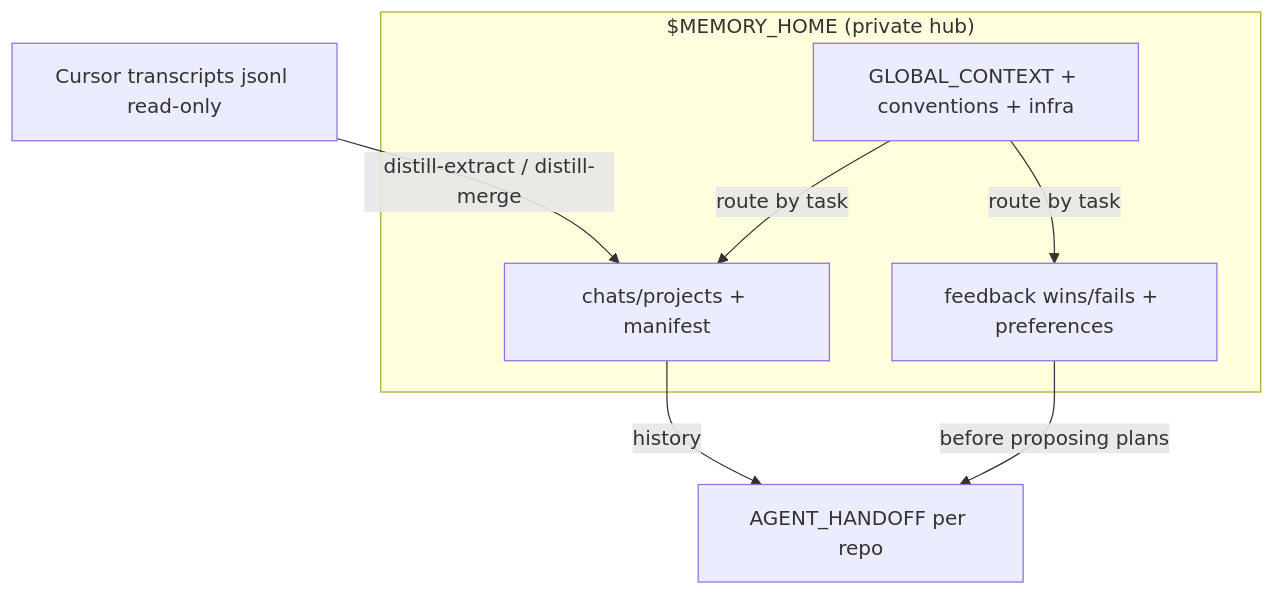
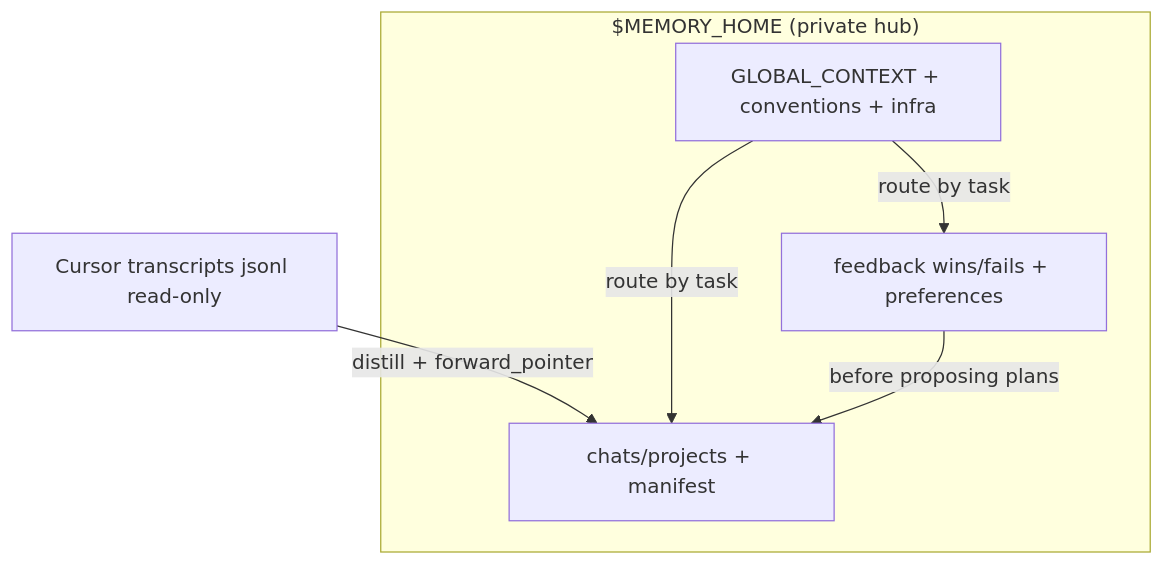
Before and after one commit to raphael-batte/cursor-agent-memory: the diagram in README.md, drawn with Mermaid. The commit also changed other lines of this file and 44 other files, not shown here.

First line of the commit message:
feat: forward pointer layer replaces handoff (v0.9.0)

````diff
--- a/README.md
+++ b/README.md
@@ -25,16 +24,14 @@
 ```mermaid
 flowchart TB
   subgraph hub ["$MEMORY_HOME (private hub)"]
     GC[GLOBAL_CONTEXT + conventions + infra]
     FB[feedback wins/fails + preferences]
     CH[chats/projects + manifest]
   end
-  HO[AGENT_HANDOFF per repo]
   TR[Cursor transcripts jsonl read-only]
 
-  TR -->|distill-extract / distill-merge| CH
+  TR -->|distill + forward_pointer| CH
   GC -->|route by task| FB
   GC -->|route by task| CH
-  CH -->|history| HO
-  FB -->|before proposing plans| HO
+  FB -->|before proposing plans| CH
 ```
````
